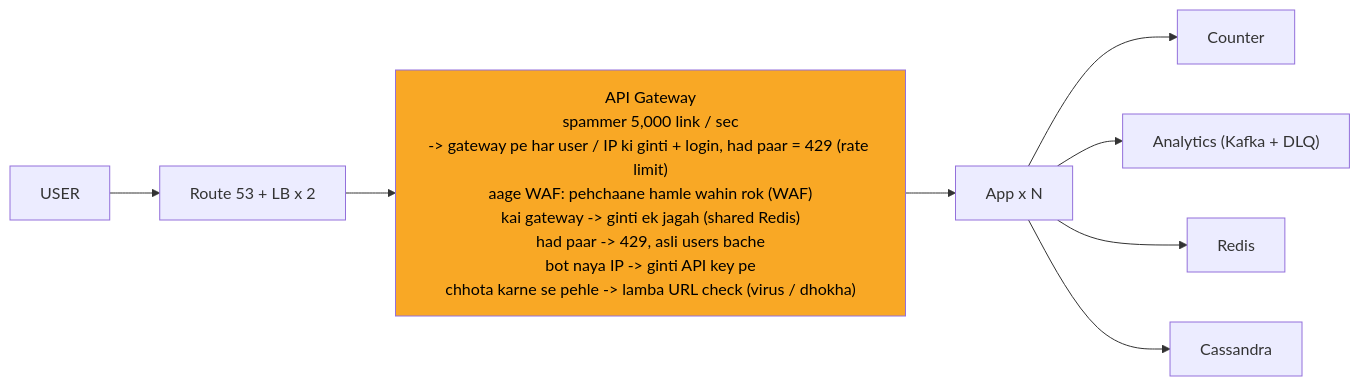
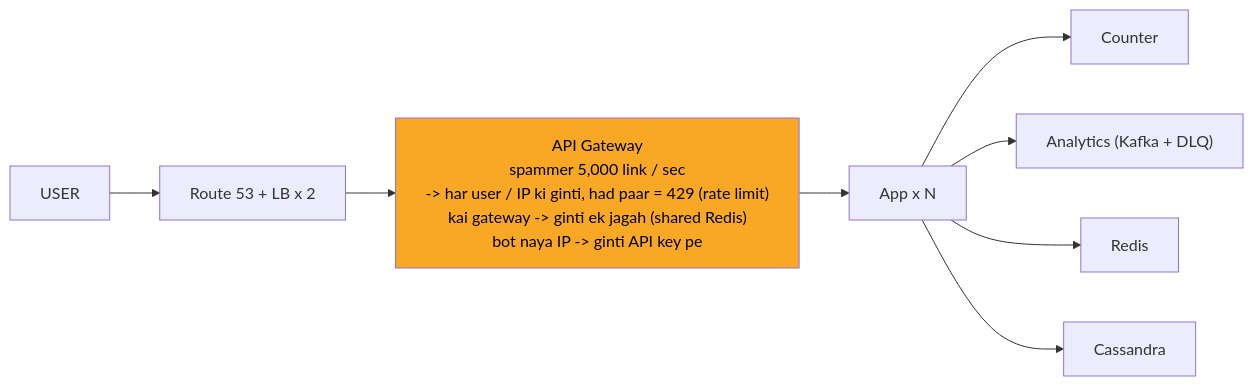
The diagram in 04_HLD/SYSTEM_DESIGNS/01_url_shortener/img/c8.mmd (ArpanMaheshwari144/Prep), drawn with Mermaid before and after one commit. The commit also changed 64 other files, not shown here.

Commit message:
url + rate limiter: peele dabbe chhote; rate limiter SHURU me token bucket ki tasveer; kafka card 6 shabd (ISR wali copy)

```diff
--- a/04_HLD/SYSTEM_DESIGNS/01_url_shortener/img/c8.mmd
+++ b/04_HLD/SYSTEM_DESIGNS/01_url_shortener/img/c8.mmd
@@ -1,18 +1,18 @@
 %%{init: {"flowchart": {"wrappingWidth": 450}}}%%
 flowchart LR
     n_USER["USER"]
     n_EDGE["Route 53 + LB x 2"]
-    n_API_Gateway["API Gateway<br/>spammer 5,000 link / sec<br/>-> gateway pe har user / IP ki ginti + login, had paar = 429 (rate limit)<br/>aage WAF: pehchaane hamle wahin rok (WAF)<br/>kai gateway -> ginti ek jagah (shared Redis)<br/>had paar -> 429, asli users bache<br/>bot naya IP -> ginti API key pe<br/>chhota karne se pehle -> lamba URL check (virus / dhokha)"]
+    n_API_Gateway["API Gateway<br/>spammer 5,000 link / sec<br/>-> har user / IP ki ginti, had paar = 429 (rate limit)<br/>kai gateway -> ginti ek jagah (shared Redis)<br/>bot naya IP -> ginti API key pe"]
     n_App_xN["App x N"]
     n_Counter["Counter"]
     n_ANA["Analytics (Kafka + DLQ)"]
     n_Redis["Redis"]
     n_Cassandra["Cassandra"]
     n_USER --> n_EDGE
     n_EDGE --> n_API_Gateway
     n_API_Gateway --> n_App_xN
     n_App_xN --> n_Counter
     n_App_xN --> n_ANA
     n_App_xN --> n_Redis
     n_App_xN --> n_Cassandra
     style n_API_Gateway fill:#f9a825,color:#000
```
